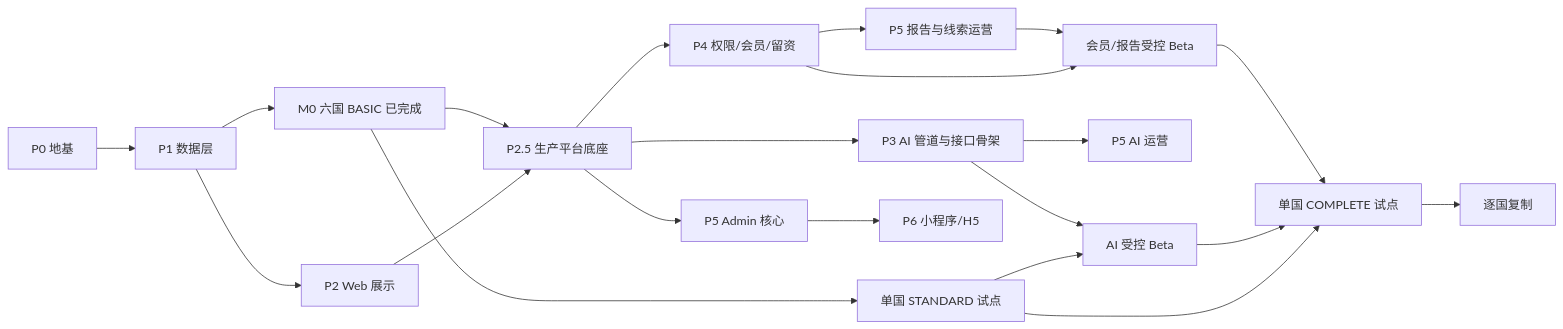
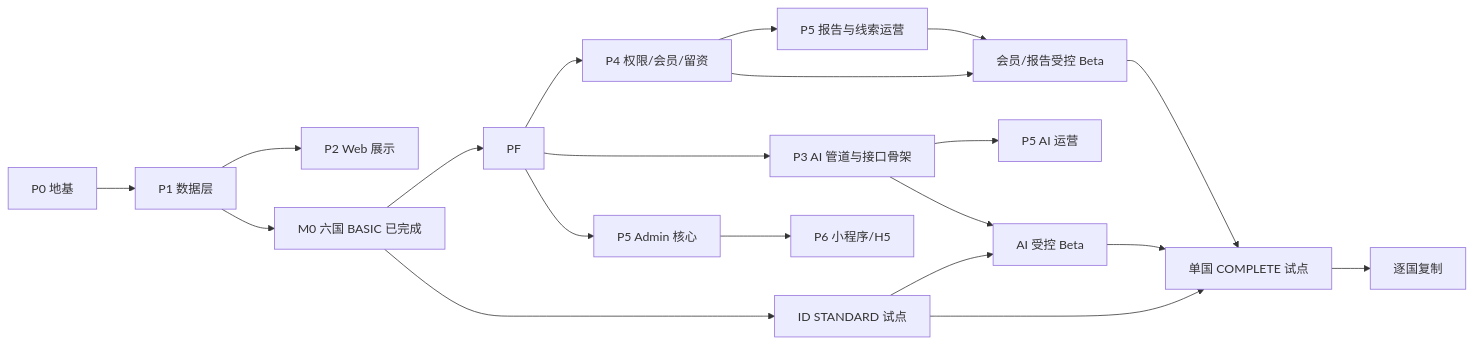
One commit to zhaofei0923/navigator changed the diagram in docs/roadmap.md. Above: the diagram before and after it, drawn with Mermaid. The commit also changed other lines of this file and 3 other files, not shown here.

````diff
--- a/docs/roadmap.md
+++ b/docs/roadmap.md
@@ -22,23 +22,22 @@
 ```mermaid
 graph LR
   P0[P0 地基] --> P1[P1 数据层]
   P1 --> P2[P2 Web 展示]
   P1 --> M0[M0 六国 BASIC 已完成]
-  P2 --> PF[P2.5 生产平台底座]
   M0 --> PF
-  M0 --> SP[单国 STANDARD 试点]
+  M0 --> SP[ID STANDARD 试点]
   PF --> P3[P3 AI 管道与接口骨架]
   SP --> AIB[AI 受控 Beta]
   P3 --> AIB
   PF --> P4[P4 权限/会员/留资]
   PF --> P5C[P5 Admin 核心]
   P3 --> P5A[P5 AI 运营]
   P4 --> P5B[P5 报告与线索运营]
   P4 --> MBB[会员/报告受控 Beta]
   P5B --> MBB
   SP --> CP[单国 COMPLETE 试点]
   AIB --> CP
   MBB --> CP
   CP --> SCALE[逐国复制]
   P5C --> P6[P6 小程序/H5]
 ```
````
